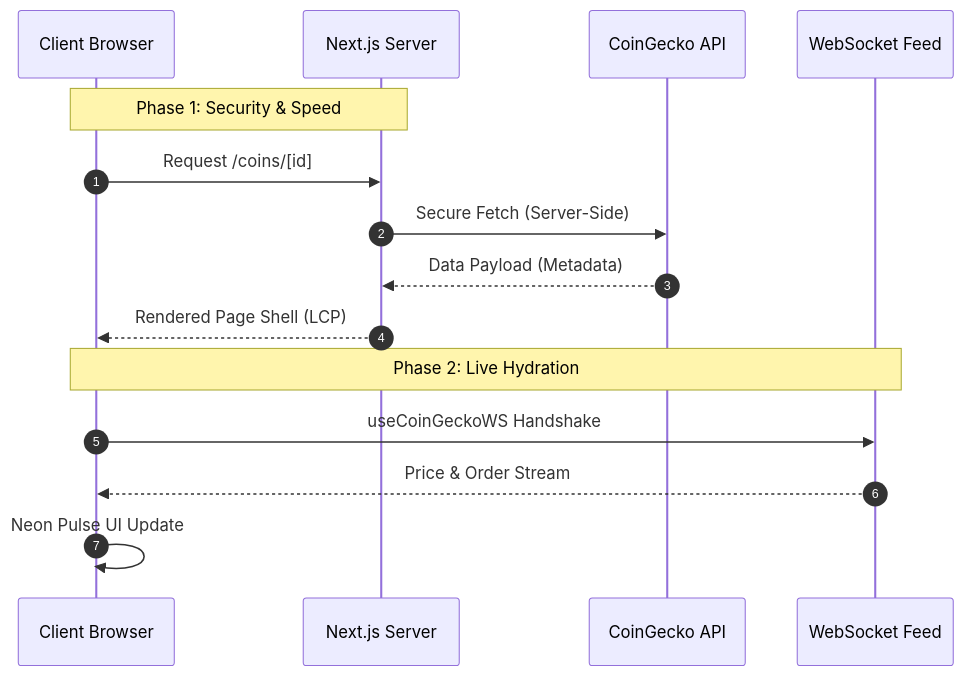
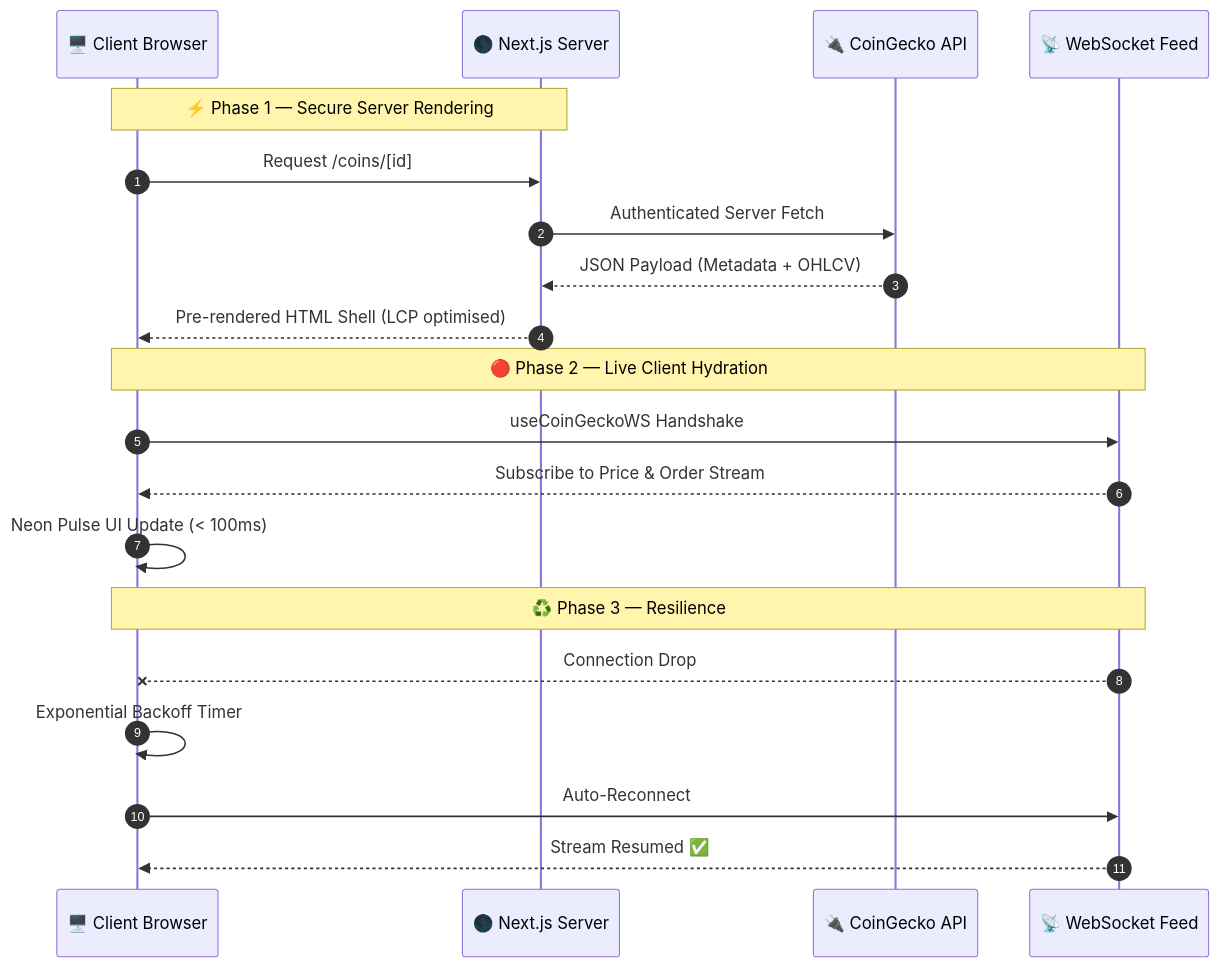
The second of 3 diagrams in README.md (salonyranjan/BitFlow), drawn with Mermaid before and after one commit. The commit also changed other lines of this file, not shown here.

````diff
--- a/README.md
+++ b/README.md
@@ -179,19 +313,25 @@
 ```mermaid
 sequenceDiagram
     autonumber
-    participant B as Client Browser
-    participant S as Next.js Server
-    participant API as CoinGecko API
-    participant WS as WebSocket Feed
+    participant B as 🖥️ Client Browser
+    participant S as 🌑 Next.js Server
+    participant API as 🔌 CoinGecko API
+    participant WS as 📡 WebSocket Feed
 
-    Note over B, S: Phase 1: Security & Speed
+    Note over B, S: ⚡ Phase 1 — Secure Server Rendering
     B->>S: Request /coins/[id]
-    S->>API: Secure Fetch (Server-Side)
-    API-->>S: Data Payload (Metadata)
-    S-->>B: Rendered Page Shell (LCP)
+    S->>API: Authenticated Server Fetch
+    API-->>S: JSON Payload (Metadata + OHLCV)
+    S-->>B: Pre-rendered HTML Shell (LCP optimised)
 
-    Note over B, WS: Phase 2: Live Hydration
+    Note over B, WS: 🔴 Phase 2 — Live Client Hydration
     B->>WS: useCoinGeckoWS Handshake
-    WS-->>B: Price & Order Stream
-    B->>B: Neon Pulse UI Update
+    WS-->>B: Subscribe to Price & Order Stream
+    B->>B: Neon Pulse UI Update (< 100ms)
+
+    Note over B, WS: ♻️ Phase 3 — Resilience
+    WS--xB: Connection Drop
+    B->>B: Exponential Backoff Timer
+    B->>WS: Auto-Reconnect
+    WS-->>B: Stream Resumed ✅
 ```
````
